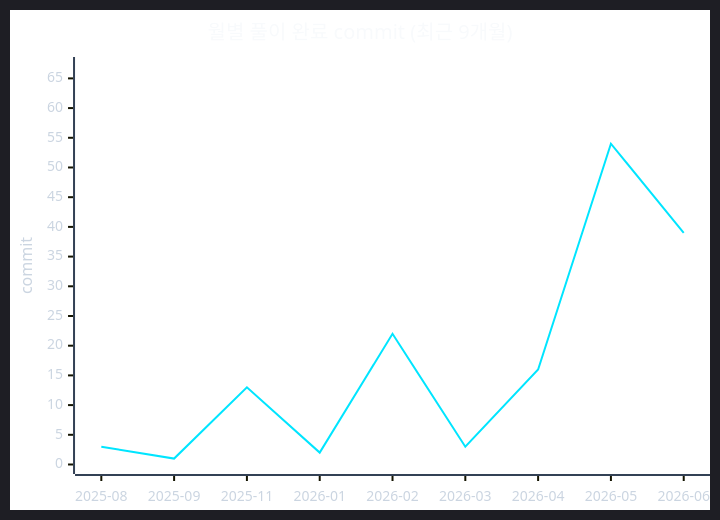
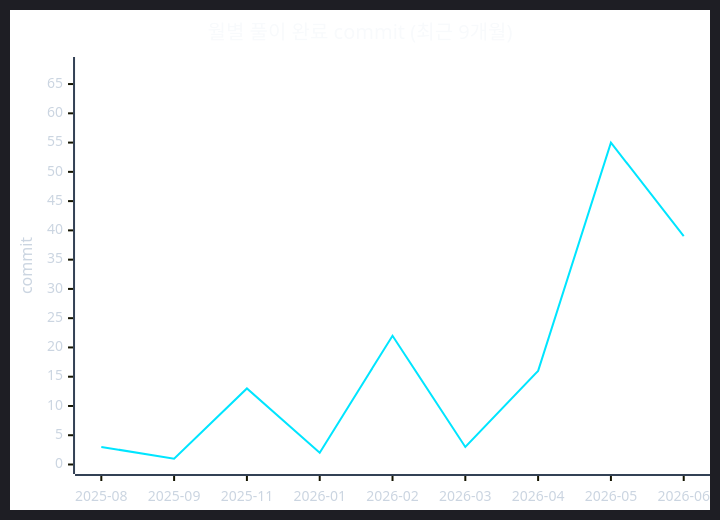
Before and after one commit to CHOOSLA/Algorithm: the second of 2 diagrams in readme.md, drawn with Mermaid. The commit also changed other lines of this file and 2 other files, not shown here.

Commit message:
SEA(D4) : 1219. 길찾기 - Graph

````diff
--- a/readme.md
+++ b/readme.md
@@ -71,22 +71,22 @@
 ```mermaid
 ---
 config:
   theme: dark
   themeVariables:
     background: '#0d1117'
     xyChart:
       titleColor: '#f8fafc'
       xAxisLabelColor: '#cbd5e1'
       xAxisTitleColor: '#cbd5e1'
       xAxisLineColor: '#334155'
       yAxisLabelColor: '#cbd5e1'
       yAxisTitleColor: '#cbd5e1'
       yAxisLineColor: '#334155'
       plotColorPalette: '#00e5ff'
 ---
 xychart-beta
   title "월별 풀이 완료 commit (최근 9개월)"
   x-axis ["2025-08", "2025-09", "2025-11", "2026-01", "2026-02", "2026-03", "2026-04", "2026-05", "2026-06"]
-  y-axis "commit" 0 --> 67
-  line [3, 1, 13, 2, 22, 3, 16, 54, 39]
+  y-axis "commit" 0 --> 68
+  line [3, 1, 13, 2, 22, 3, 16, 55, 39]
 ```
````
